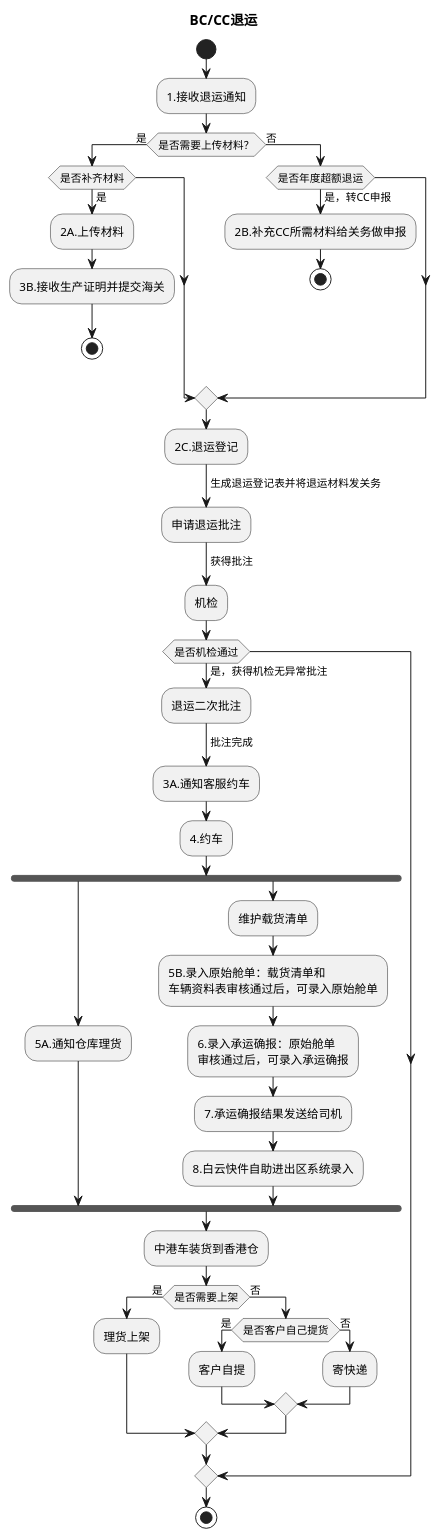
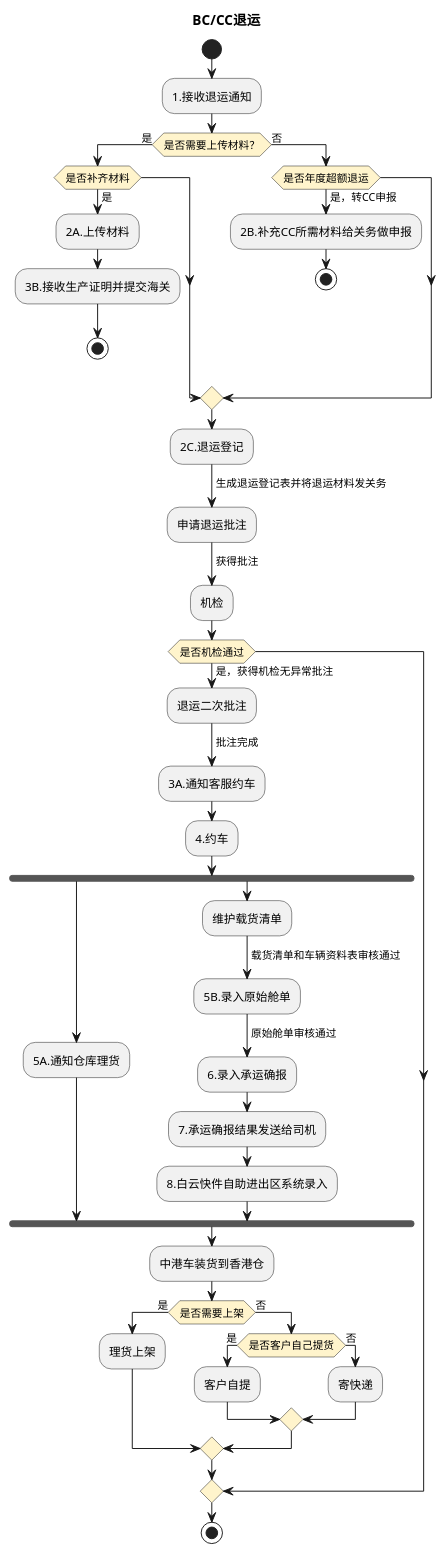
One commit to jack888332/projects-doc changed the fifth of 6 diagrams in product-caliber/goldjet/segmented-prd/mainflow/PRD.高捷物流系统一期.主流程.05.跨境电商BC、个人物品CC进口详细流程.md. Above: the diagram before and after it, drawn with PlantUML. The commit also changed other lines of this file and 20 other files, not shown here.

Commit message:
优化流程表对应的DLS图

````diff
--- a/product-caliber/goldjet/segmented-prd/mainflow/PRD.高捷物流系统一期.主流程.05.跨境电商BC、个人物品CC进口详细流程.md
+++ b/product-caliber/goldjet/segmented-prd/mainflow/PRD.高捷物流系统一期.主流程.05.跨境电商BC、个人物品CC进口详细流程.md
@@ -181,50 +185,53 @@
 ```plantuml
 @startuml
+skinparam activityDiamondBackgroundColor #FFF4CC
 title BC/CC退运
 start
 :1.接收退运通知;
 if (是否需要上传材料？) then (是)
   if (是否补齐材料) then (是)
     :2A.上传材料;
     :3B.接收生产证明并提交海关;
     stop
   endif
 else (否)
   if (是否年度超额退运) then (是，转CC申报)
     :2B.补充CC所需材料给关务做申报;
     stop
   endif
 endif
 :2C.退运登记;
 -> 生成退运登记表并将退运材料发关务;
 :申请退运批注;
 -> 获得批注;
 :机检;
 if (是否机检通过) then (是，获得机检无异常批注)
   :退运二次批注;
   -> 批注完成;
   :3A.通知客服约车;
   :4.约车;
   fork
     :5A.通知仓库理货;
   fork again
     :维护载货清单;
-    :5B.录入原始舱单：载货清单和\n车辆资料表审核通过后，可录入原始舱单;
-    :6.录入承运确报：原始舱单\n审核通过后，可录入承运确报;
+    -> 载货清单和车辆资料表审核通过;
+    :5B.录入原始舱单;
+    -> 原始舱单审核通过;
+    :6.录入承运确报;
     :7.承运确报结果发送给司机;
     :8.白云快件自助进出区系统录入;
   end fork
   :中港车装货到香港仓;
   if (是否需要上架) then (是)
     :理货上架;
   else (否)
     if (是否客户自己提货) then (是)
       :客户自提;
     else (否)
       :寄快递;
     endif
   endif
 endif
 stop
 @enduml
 ```
````
